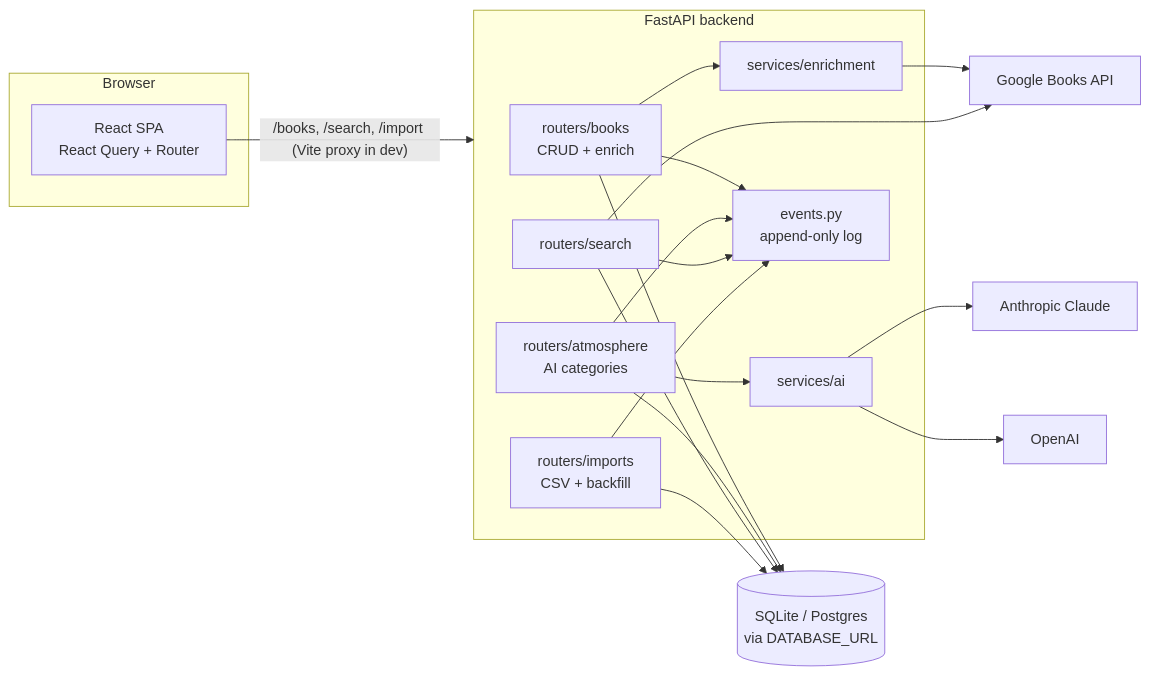
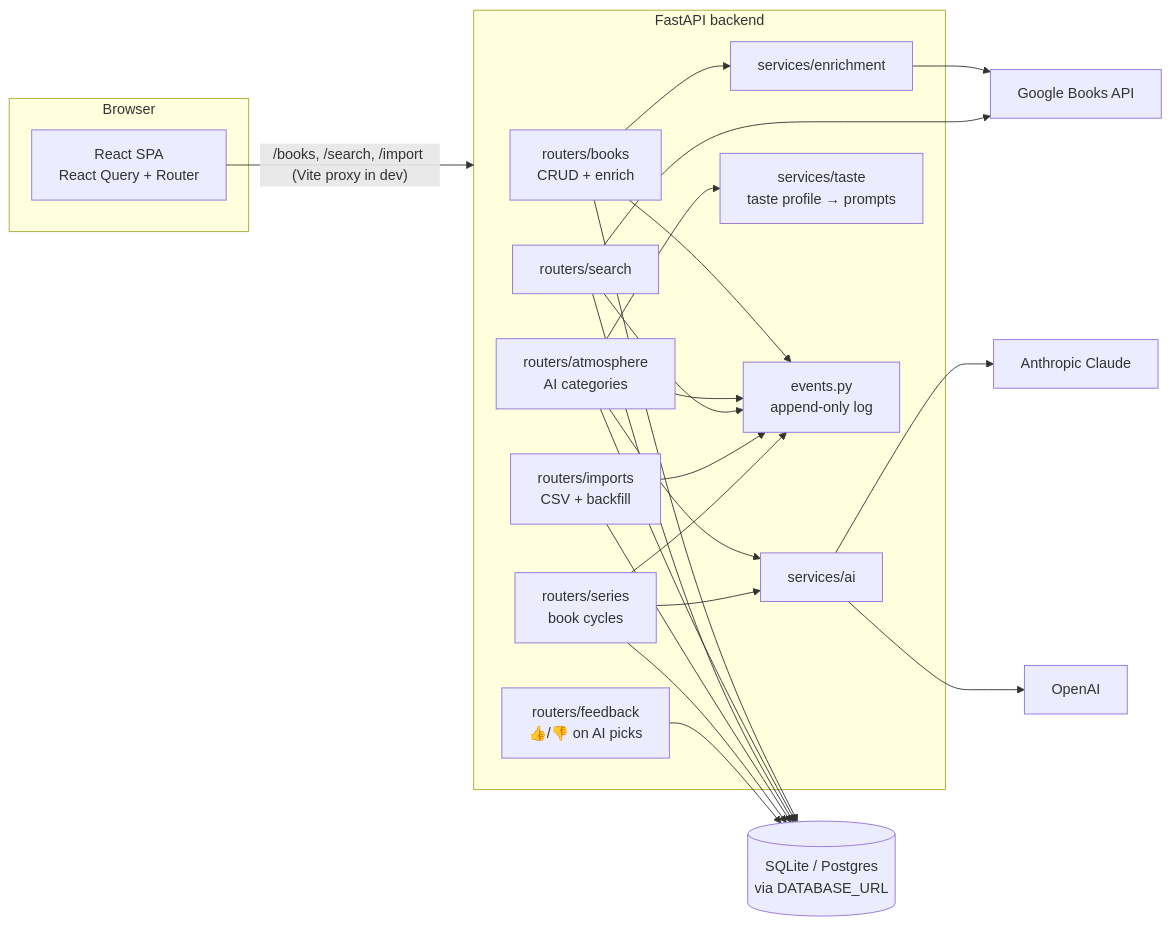
Before and after one commit to kseniakopli/book-library: the first of 3 diagrams in documentation/architecture.md, drawn with Mermaid. The commit also changed other lines of this file and 2 other files, not shown here.

Commit message:
Update documentation: series, feedback, track cache, current schema

````diff
--- a/documentation/architecture.md
+++ b/documentation/architecture.md
@@ -5,29 +5,34 @@
 ```mermaid
 flowchart LR
     subgraph Browser
         UI[React SPA<br/>React Query + Router]
     end
     subgraph Backend [FastAPI backend]
         R1[routers/books<br/>CRUD + enrich]
         R2[routers/atmosphere<br/>AI categories]
         R3[routers/search]
         R4[routers/imports<br/>CSV + backfill]
+        R5[routers/series<br/>book cycles]
+        R6[routers/feedback<br/>👍/👎 on AI picks]
         S1[services/enrichment]
         S2[services/ai]
+        S3[services/taste<br/>taste profile → prompts]
         EV[events.py<br/>append-only log]
     end
     DB[(SQLite / Postgres<br/>via DATABASE_URL)]
     GB[Google Books API]
     AI1[Anthropic Claude]
     AI2[OpenAI]
 
     UI -->|"/books, /search, /import (Vite proxy in dev)"| Backend
     R1 --> S1
     R2 --> S2
+    R2 --> S3
+    R5 --> S2
     S1 --> GB
     R3 --> GB
     S2 --> AI1
     S2 --> AI2
-    R1 & R2 & R3 & R4 --> DB
-    R1 & R2 & R3 & R4 --> EV
+    R1 & R2 & R3 & R4 & R5 & R6 --> DB
+    R1 & R2 & R3 & R4 & R5 --> EV
 ```
````
